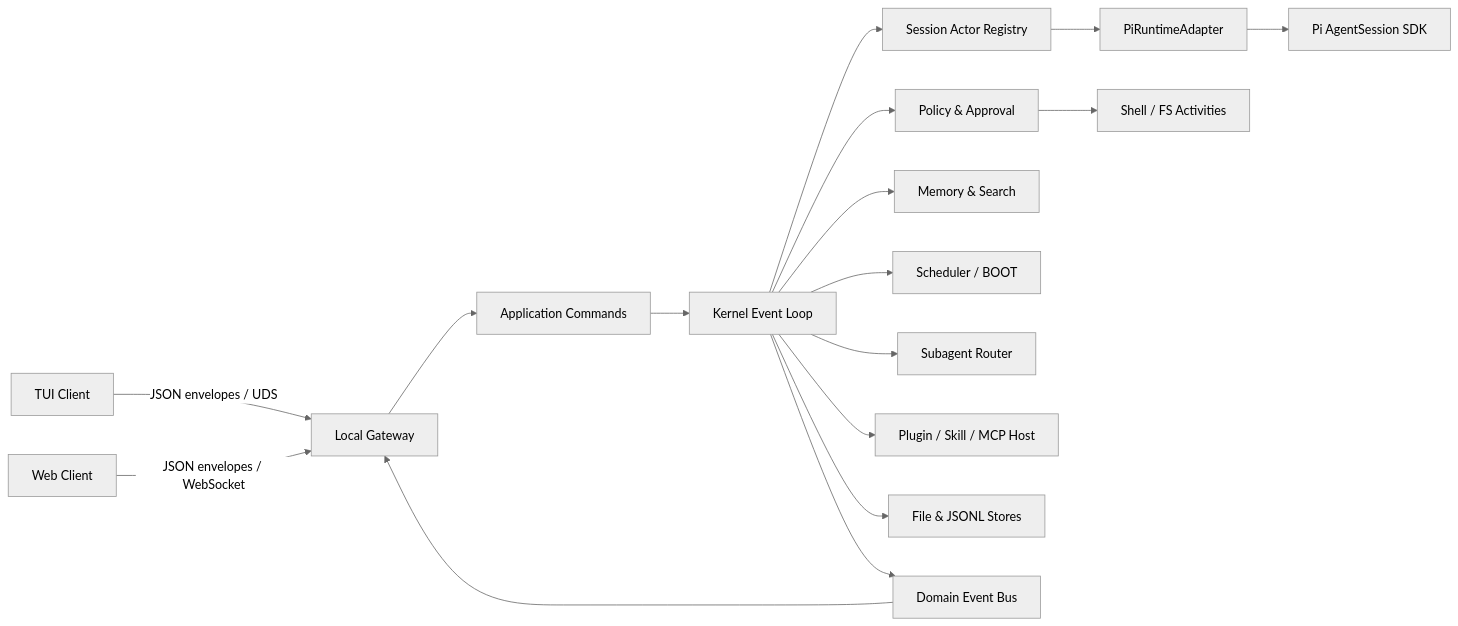
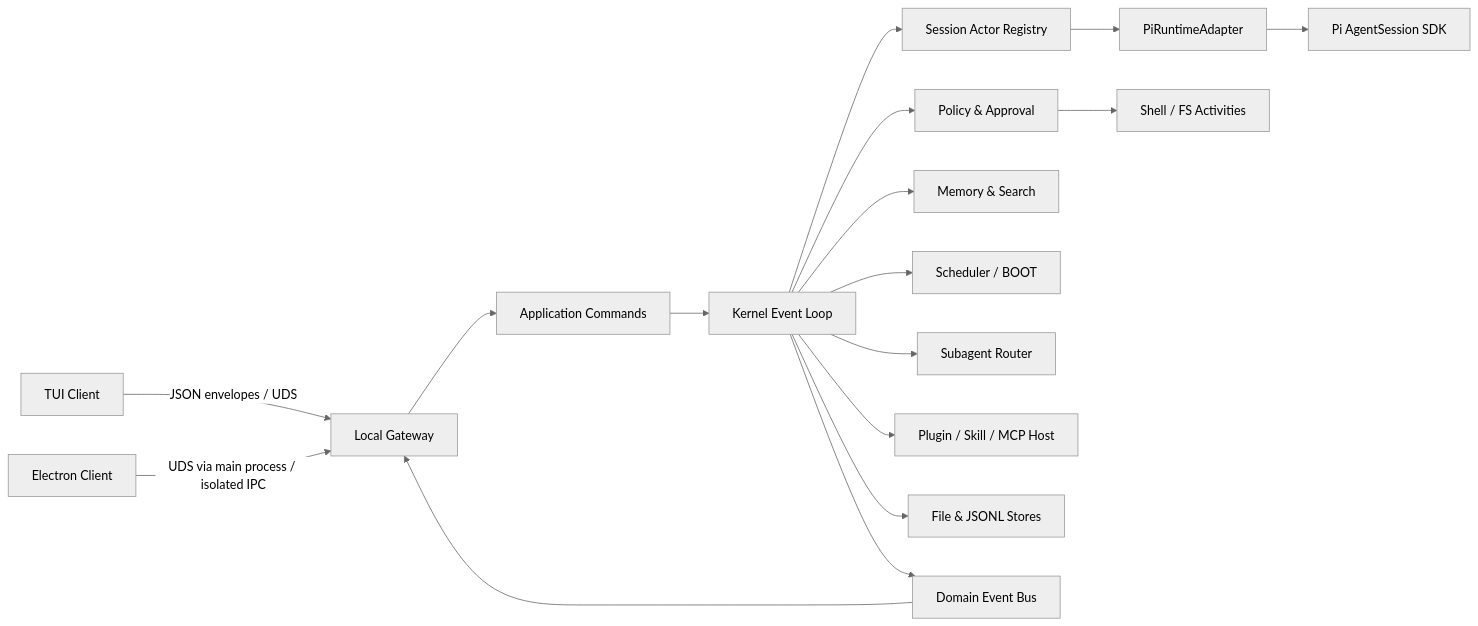
Before and after one commit to advnljs/pSpore: the first of 3 diagrams in docs/detailed-design.md, drawn with Mermaid (neutral theme). The commit also changed other lines of this file and 20 other files, not shown here.

````diff
--- a/docs/detailed-design.md
+++ b/docs/detailed-design.md
@@ -99,19 +100,19 @@
 ```mermaid
 flowchart LR
     TUI[TUI Client] -->|JSON envelopes / UDS| G[Local Gateway]
-    WEB[Web Client] -->|JSON envelopes / WebSocket| G
+    DESKTOP[Electron Client] -->|UDS via main process / isolated IPC| G
     G --> APP[Application Commands]
     APP --> K[Kernel Event Loop]
     K --> REG[Session Actor Registry]
     REG --> PI[PiRuntimeAdapter]
     PI --> PISDK[Pi AgentSession SDK]
     K --> POL[Policy & Approval]
     K --> MEM[Memory & Search]
     K --> SCH[Scheduler / BOOT]
     K --> SUB[Subagent Router]
     K --> PLUG[Plugin / Skill / MCP Host]
     POL --> SH[Shell / FS Activities]
     K --> STORE[File & JSONL Stores]
     K --> BUS[Domain Event Bus]
     BUS --> G
 ```
````
